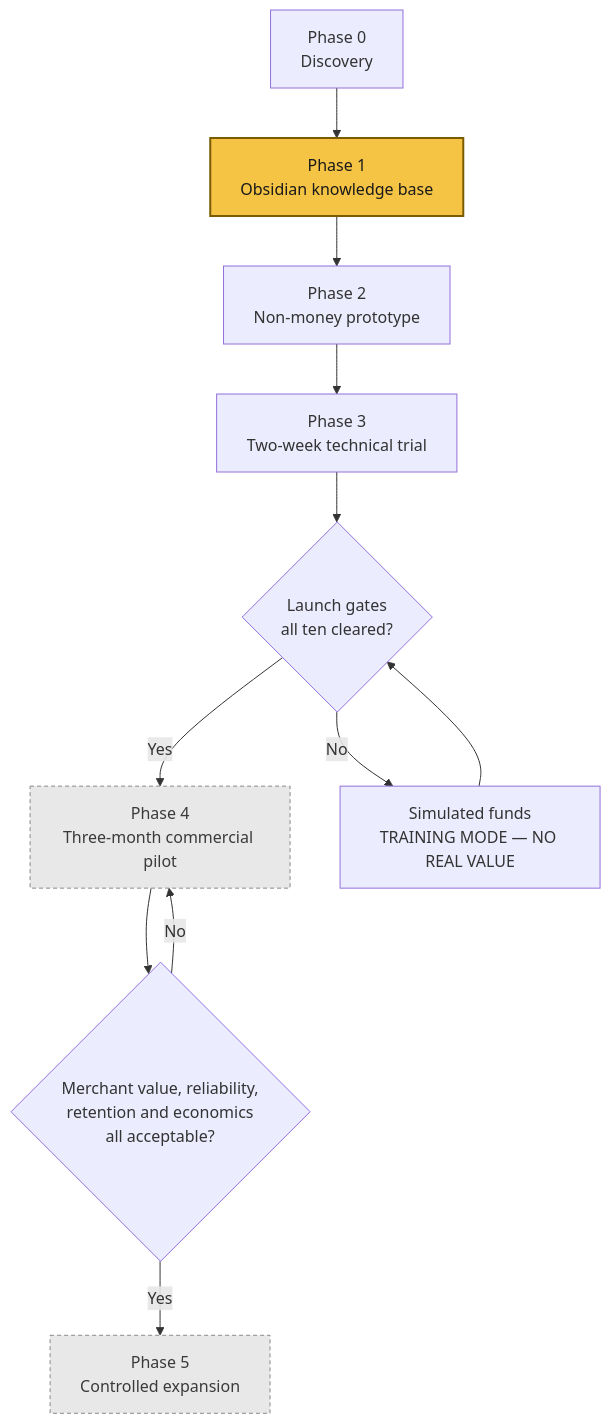
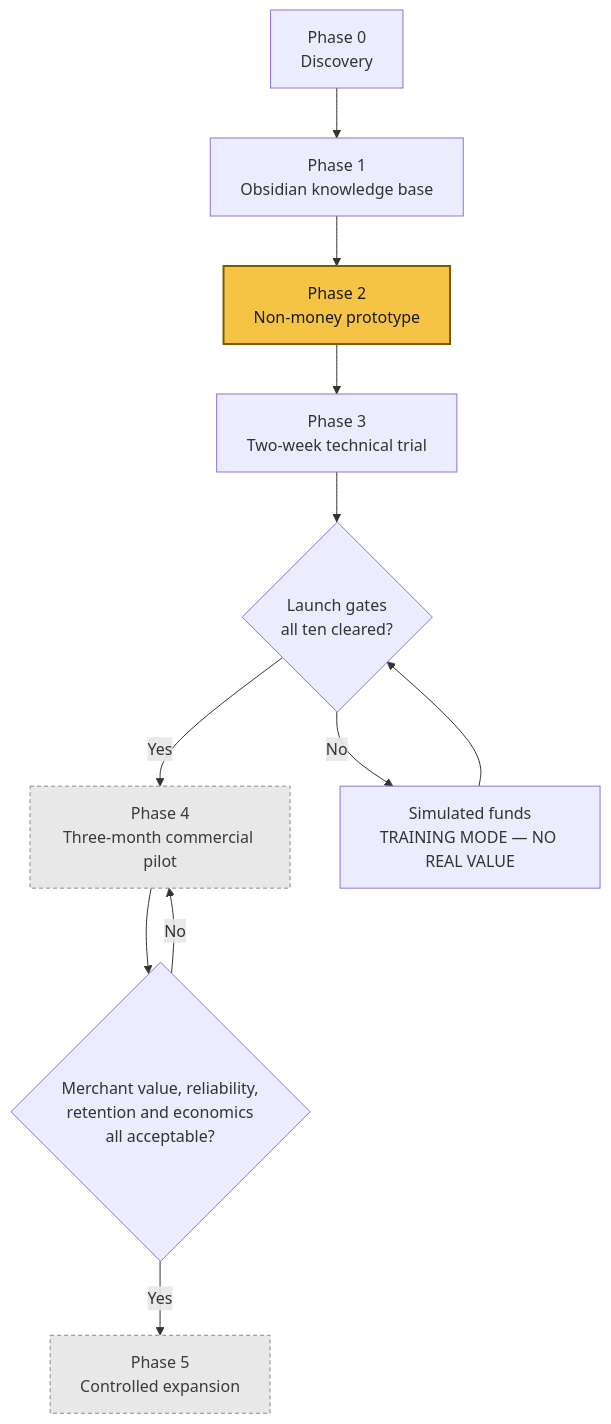
Before and after one commit to Ethan5322/Telga: the diagram in docs/obsidian/02 Product/Roadmap.md, drawn with Mermaid. The commit also changed other lines of this file and 5 other files, not shown here.

````diff
--- a/docs/obsidian/02 Product/Roadmap.md
+++ b/docs/obsidian/02 Product/Roadmap.md
@@ -29,24 +29,24 @@
 ```mermaid
 flowchart TD
     P0["Phase 0<br/>Discovery"]
     P1["Phase 1<br/>Obsidian knowledge base"]
     P2["Phase 2<br/>Non-money prototype"]
     P3["Phase 3<br/>Two-week technical trial"]
     P4["Phase 4<br/>Three-month commercial pilot"]
     P5["Phase 5<br/>Controlled expansion"]
 
     GATE{"Launch gates<br/>all ten cleared?"}
 
     P0 --> P1 --> P2 --> P3 --> GATE
     GATE -->|No| TRAIN["Simulated funds<br/>TRAINING MODE — NO REAL VALUE"]
     TRAIN --> GATE
     GATE -->|Yes| P4
     P4 --> EVID{"Merchant value, reliability,<br/>retention and economics<br/>all acceptable?"}
     EVID -->|No| P4
     EVID -->|Yes| P5
 
     classDef current fill:#f6c445,stroke:#7a5b00,color:#1a1a1a,stroke-width:2px
     classDef blocked fill:#e8e8e8,stroke:#8a8a8a,color:#3a3a3a,stroke-dasharray:4 3
-    class P1 current
+    class P2 current
     class P4,P5 blocked
 ```
````
